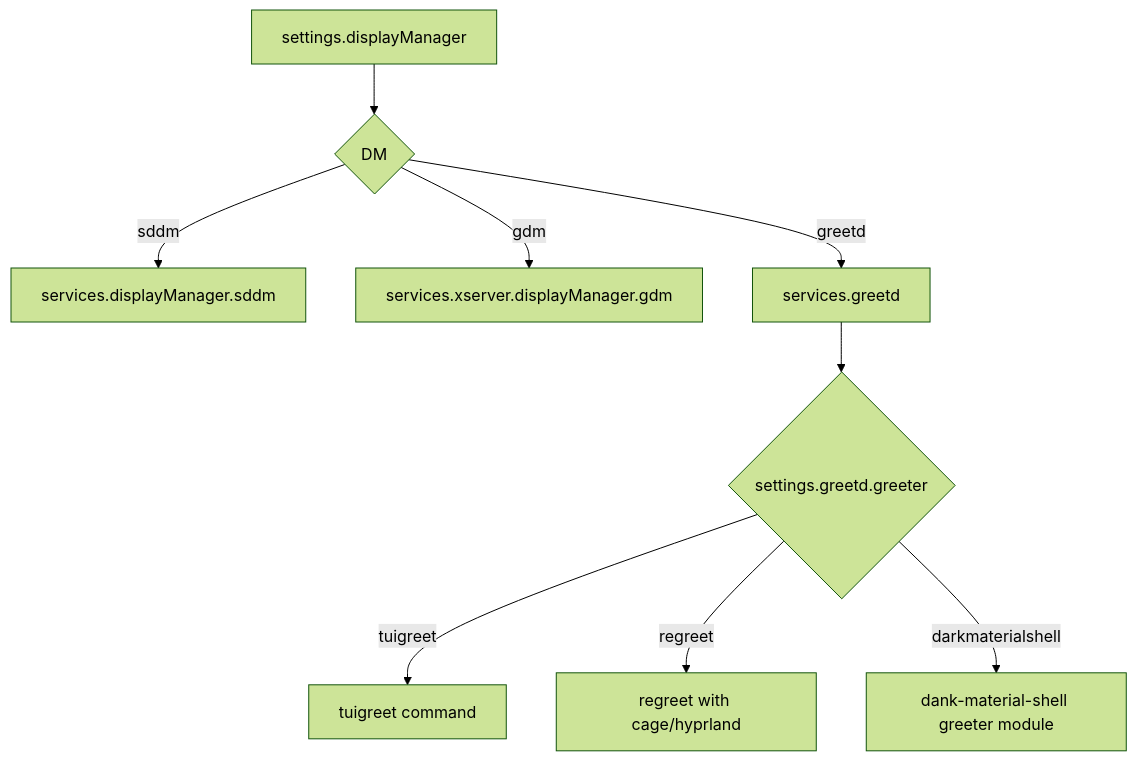
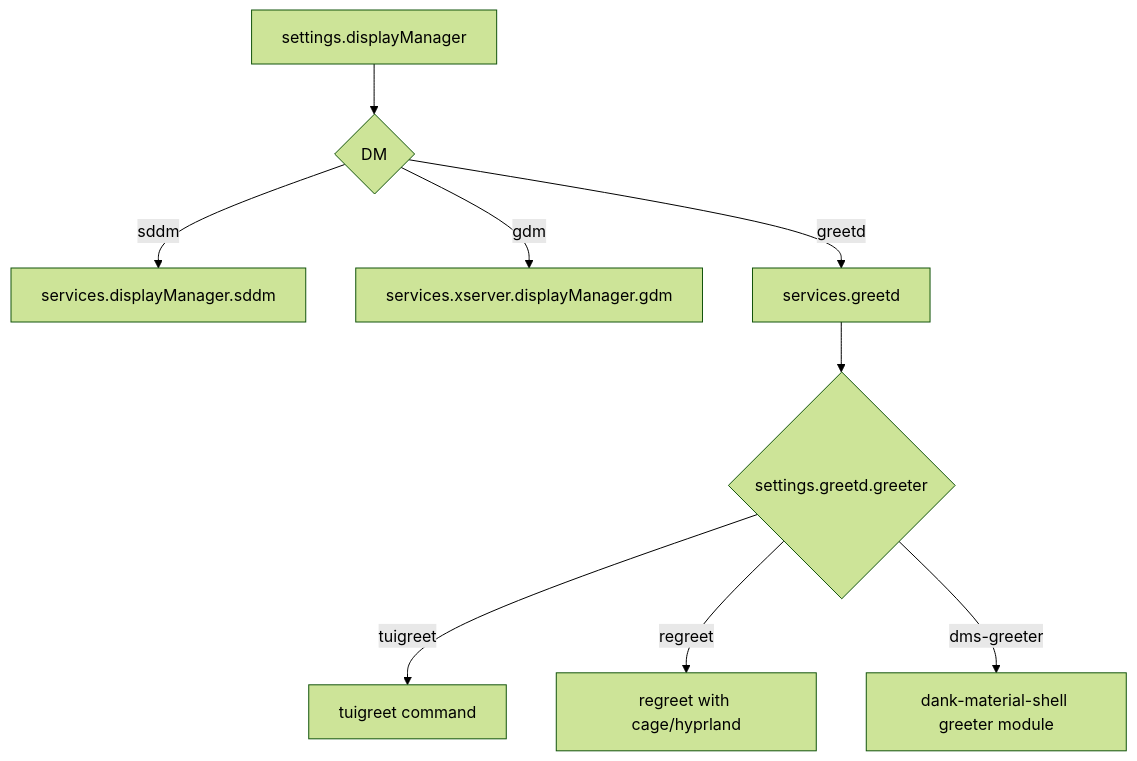
Before and after one commit to CodePixelWorks/j0nix-os: the fifth of 10 diagrams in docs/ARCHITECTURE.md, drawn with Mermaid (forest theme). The commit also changed other lines of this file and 1 other file, not shown here.

Commit message:
feat(greetd): support dms-greeter selector and alias

````diff
--- a/docs/ARCHITECTURE.md
+++ b/docs/ARCHITECTURE.md
@@ -78,11 +78,11 @@
 ```mermaid
 flowchart TD
   A[settings.displayManager] --> B{DM}
   B -->|sddm| C[services.displayManager.sddm]
   B -->|gdm| D[services.xserver.displayManager.gdm]
   B -->|greetd| E[services.greetd]
   E --> F{settings.greetd.greeter}
   F -->|tuigreet| G[tuigreet command]
   F -->|regreet| H[regreet with cage/hyprland]
-  F -->|darkmaterialshell| I[dank-material-shell greeter module]
+  F -->|dms-greeter| I[dank-material-shell greeter module]
 ```
````
